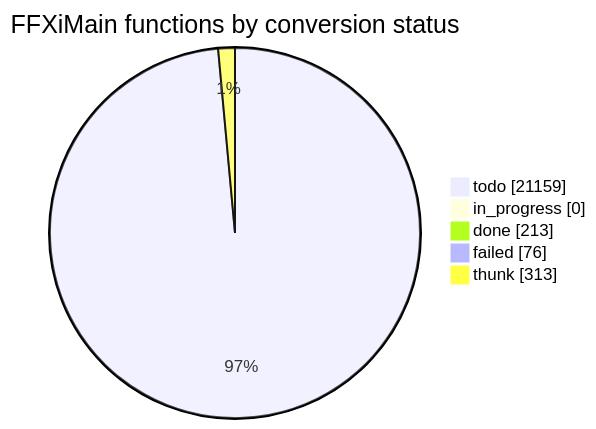
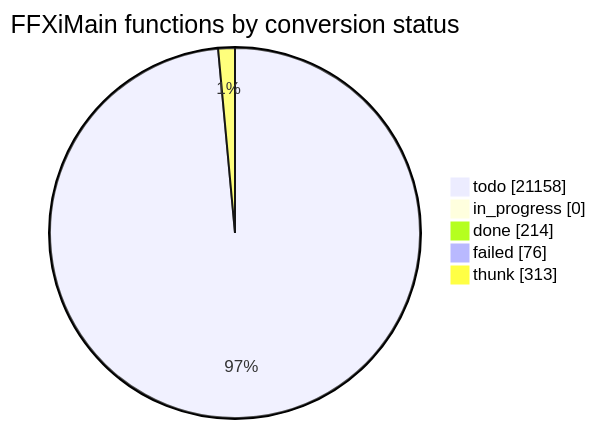
The diagram in docs/cow/STATUS.md (cowrevenge/cow_kuluu_xi_anything), drawn with Mermaid before and after one commit. The commit also changed other lines of this file and 9 other files, not shown here.

````diff
--- a/docs/cow/STATUS.md
+++ b/docs/cow/STATUS.md
@@ -18,9 +18,9 @@
 ```mermaid
 pie showData
     title FFXiMain functions by conversion status
-    "todo" : 21159
+    "todo" : 21158
     "in_progress" : 0
-    "done" : 213
+    "done" : 214
     "failed" : 76
     "thunk" : 313
 ```
````
